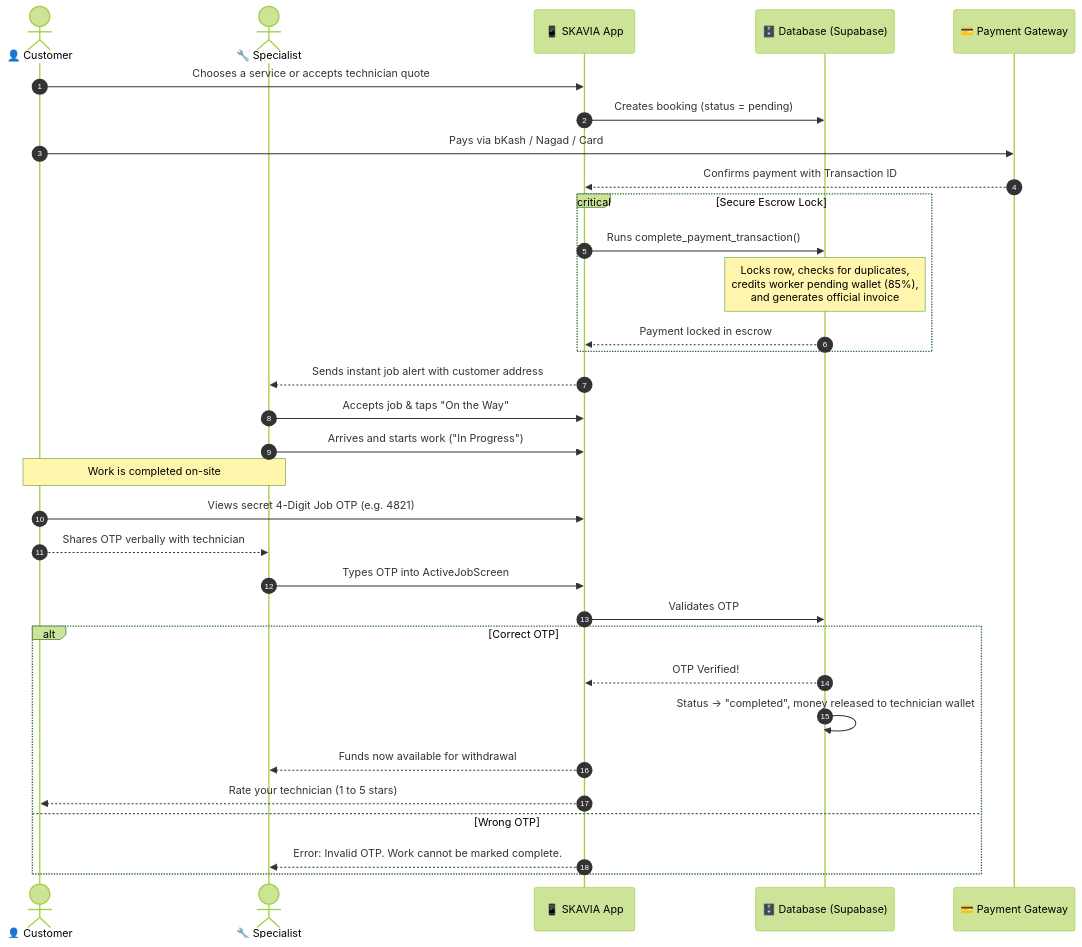
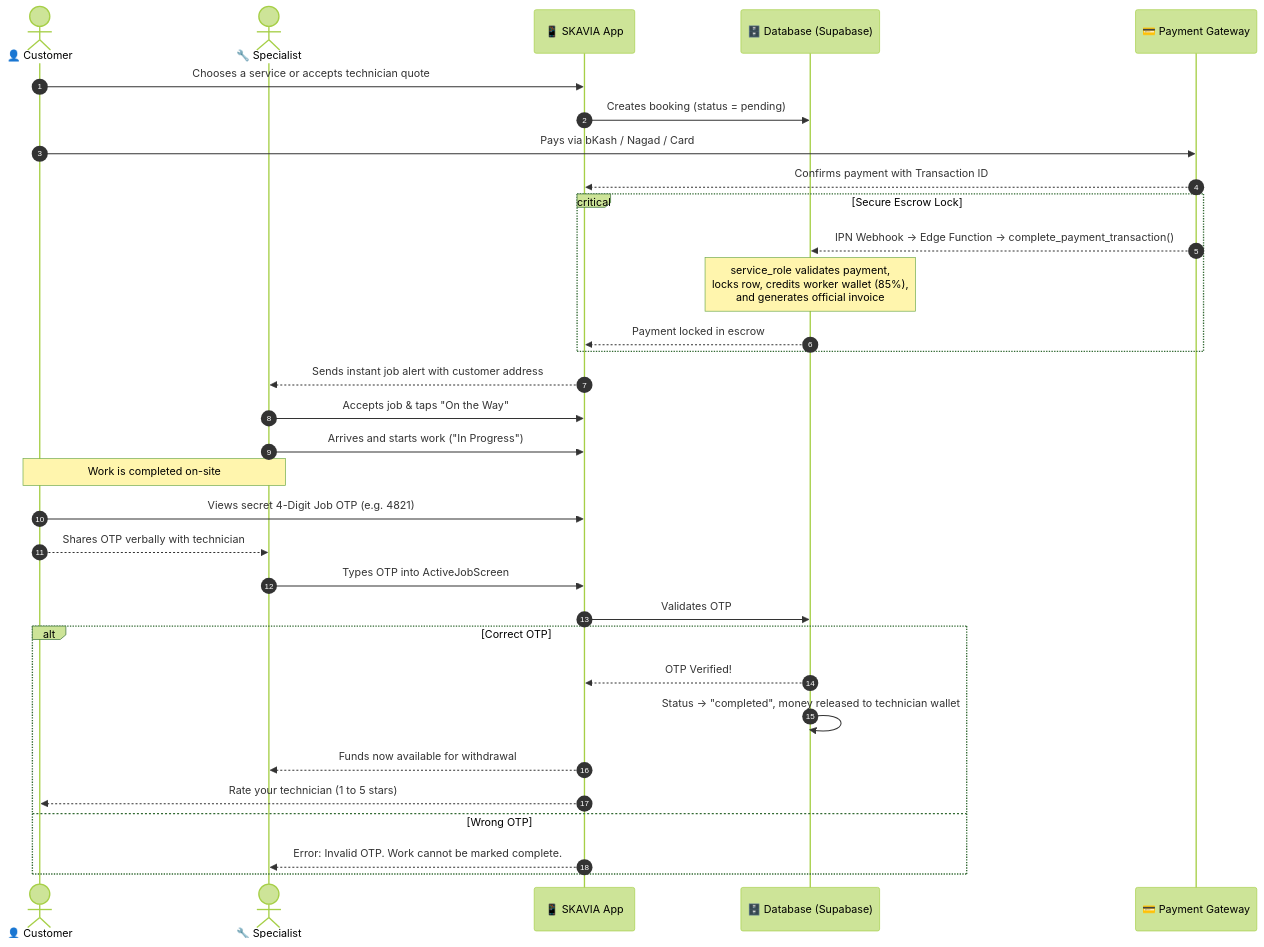
Before and after one commit to Ti838/SKAVIA: the fourth of 4 diagrams in README.md, drawn with Mermaid (forest theme). The commit also changed other lines of this file and 25 other files, not shown here.

Commit message:
Add unit test suites and architecture documentation

````diff
--- a/README.md
+++ b/README.md
@@ -202,40 +203,40 @@
 ```mermaid
 sequenceDiagram
     autonumber
     actor Customer as 👤 Customer
     actor Specialist as 🔧 Specialist
     participant App as 📱 SKAVIA App
     participant DB as 🗄️ Database (Supabase)
     participant Pay as 💳 Payment Gateway
 
     Customer->>App: Chooses a service or accepts technician quote
     App->>DB: Creates booking (status = pending)
     Customer->>Pay: Pays via bKash / Nagad / Card
     Pay-->>App: Confirms payment with Transaction ID
     
     critical Secure Escrow Lock
-        App->>DB: Runs complete_payment_transaction()
-        Note over DB: Locks row, checks for duplicates,<br/>credits worker pending wallet (85%),<br/>and generates official invoice
+        Pay-->>DB: IPN Webhook -> Edge Function -> complete_payment_transaction()
+        Note over DB: service_role validates payment,<br/>locks row, credits worker wallet (85%),<br/>and generates official invoice
         DB-->>App: Payment locked in escrow
     end
 
     App-->>Specialist: Sends instant job alert with customer address
     Specialist->>App: Accepts job & taps "On the Way"
     Specialist->>App: Arrives and starts work ("In Progress")
 
     Note over Customer,Specialist: Work is completed on-site
 
     Customer->>App: Views secret 4-Digit Job OTP (e.g. 4821)
     Customer-->>Specialist: Shares OTP verbally with technician
     Specialist->>App: Types OTP into ActiveJobScreen
     App->>DB: Validates OTP
     
     alt Correct OTP
         DB-->>App: OTP Verified!
         DB->>DB: Status -> "completed", money released to technician wallet
         App-->>Specialist: Funds now available for withdrawal
         App-->>Customer: Rate your technician (1 to 5 stars)
     else Wrong OTP
         App-->>Specialist: Error: Invalid OTP. Work cannot be marked complete.
     end
 ```
````
